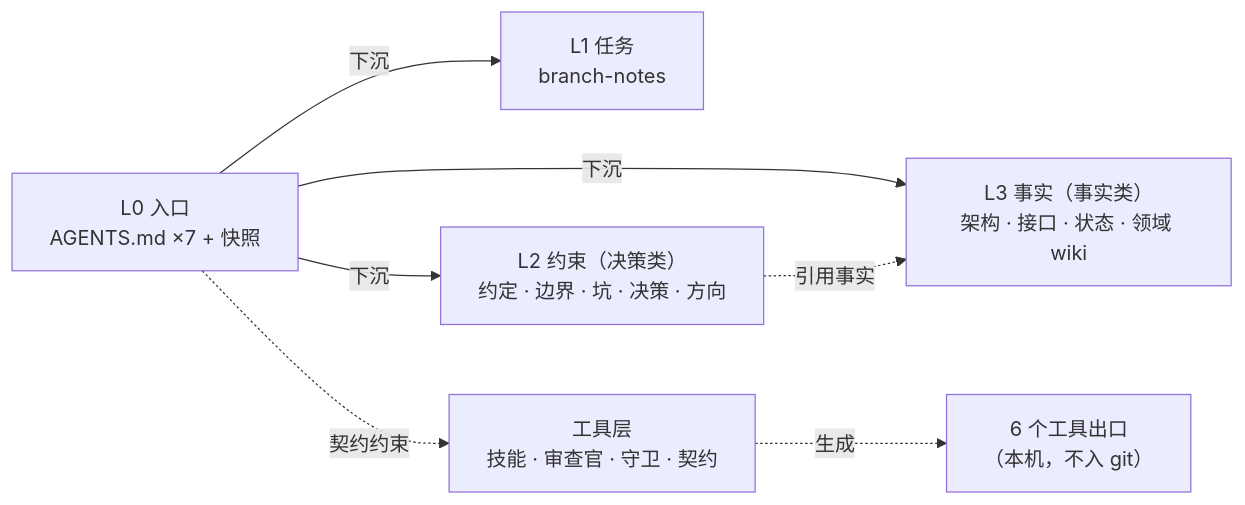
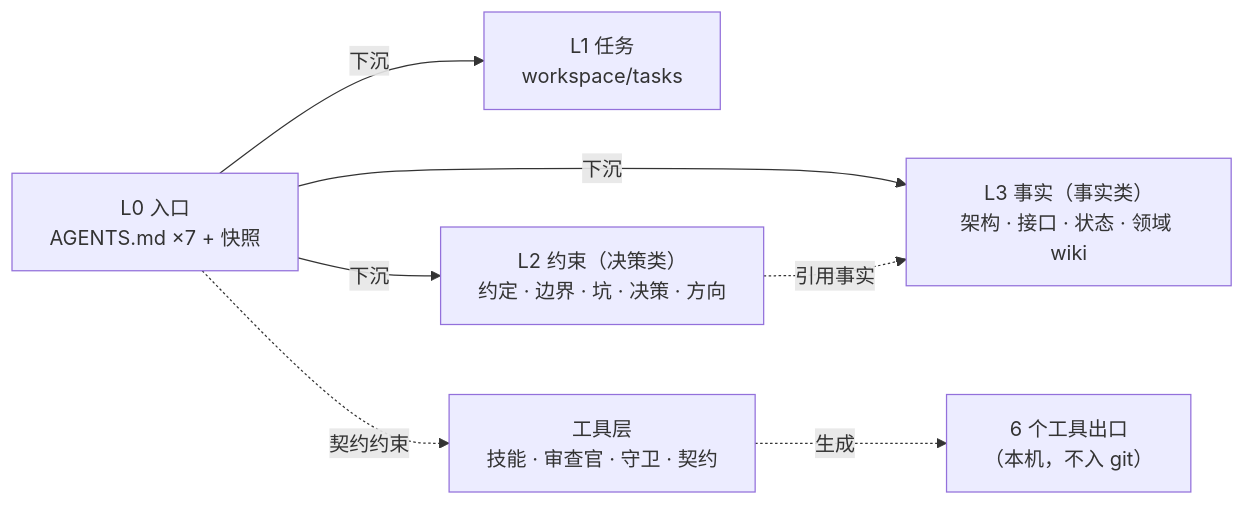
One commit to adaios/adaios changed the second of 6 diagrams in docs/architecture/ai-context-engineering.md. Above: the diagram before and after it, drawn with Mermaid. The commit also changed other lines of this file and 7 other files, not shown here.

First line of the commit message:
feat(agents): L1 任务层落地 —— .agents/workspace/tasks/（分支本地账本）

````diff
--- a/docs/architecture/ai-context-engineering.md
+++ b/docs/architecture/ai-context-engineering.md
@@ -145,15 +145,15 @@
 ```mermaid
 flowchart LR
     L0["L0 入口<br/>AGENTS.md ×7 + 快照"]
-    L1["L1 任务<br/>branch-notes"]
+    L1["L1 任务<br/>workspace/tasks"]
     L2["L2 约束（决策类）<br/>约定 · 边界 · 坑 · 决策 · 方向"]
     L3["L3 事实（事实类）<br/>架构 · 接口 · 状态 · 领域 wiki"]
     TL["工具层<br/>技能 · 审查官 · 守卫 · 契约"]
     EX["6 个工具出口<br/>（本机，不入 git）"]
     L0 -->|下沉| L1
     L0 -->|下沉| L2
     L0 -->|下沉| L3
     L0 -.->|契约约束| TL
     L2 -.->|引用事实| L3
     TL -.->|生成| EX
 ```
````
